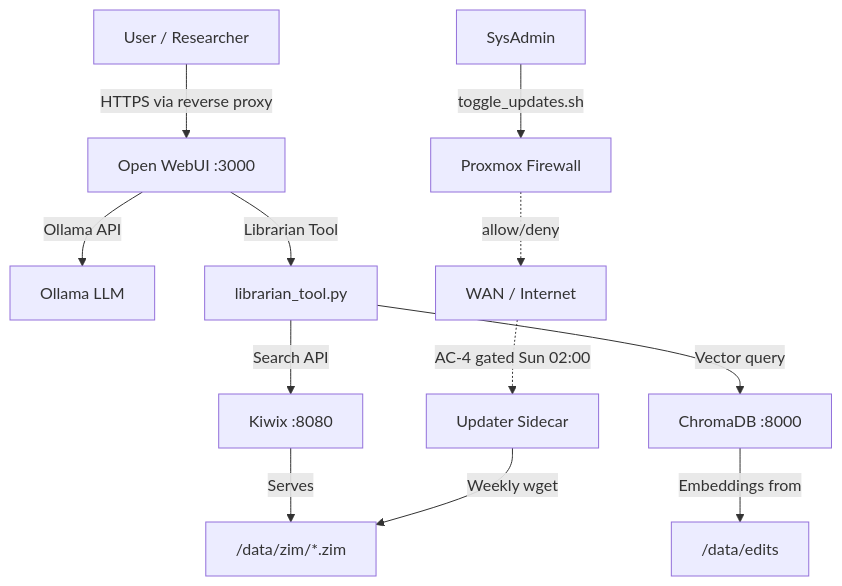
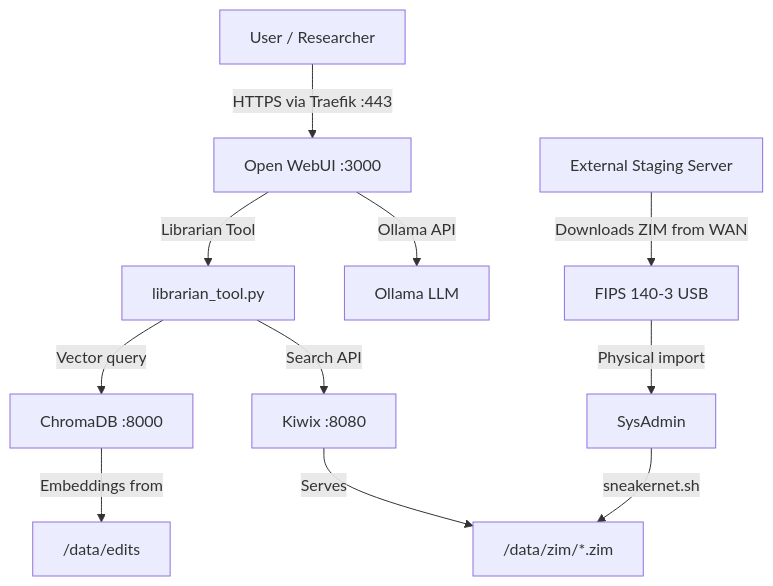
One commit to DXCSithlordPadawan/alexandria changed the first of 4 diagrams in docs/architecture.md. Above: the diagram before and after it, drawn with Mermaid. The commit also changed other lines of this file and 20 other files, not shown here.

First line of the commit message:
Replace edge device with external staging server + sneakernet; add CI/CD pipeline and monitoring integration

````diff
--- a/docs/architecture.md
+++ b/docs/architecture.md
@@ -12,16 +12,14 @@
 ```mermaid
 graph TD
-    U["User / Researcher"] -->|HTTPS via reverse proxy| OW["Open WebUI :3000"]
+    U["User / Researcher"] -->|HTTPS via Traefik :443| OW["Open WebUI :3000"]
     OW -->|Ollama API| OL["Ollama LLM"]
     OW -->|Librarian Tool| LT["librarian_tool.py"]
     LT -->|Search API| KW["Kiwix :8080"]
     LT -->|Vector query| CH["ChromaDB :8000"]
     CH -->|Embeddings from| ED["/data/edits"]
     KW -->|Serves| ZIM["/data/zim/*.zim"]
 
-    UP["Updater Sidecar"] -->|Weekly wget| ZIM
-    WAN["WAN / Internet"] -.->|AC-4 gated Sun 02:00| UP
-
-    SA["SysAdmin"] -->|toggle_updates.sh| FW["Proxmox Firewall"]
-    FW -.->|allow/deny| WAN
+    SA["SysAdmin"] -->|sneakernet.sh| ZIM
+    USB["FIPS 140-3 USB"] -->|Physical import| SA
+    STG["External Staging Server"] -->|Downloads ZIM from WAN| USB
 ```
````
